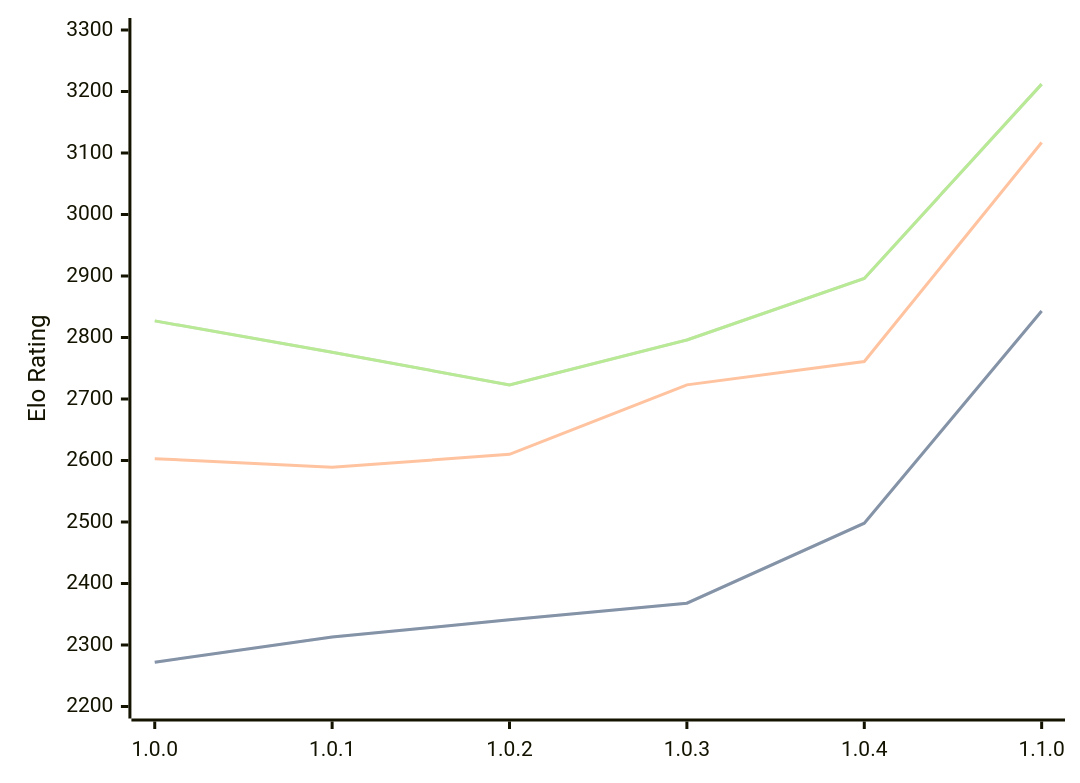
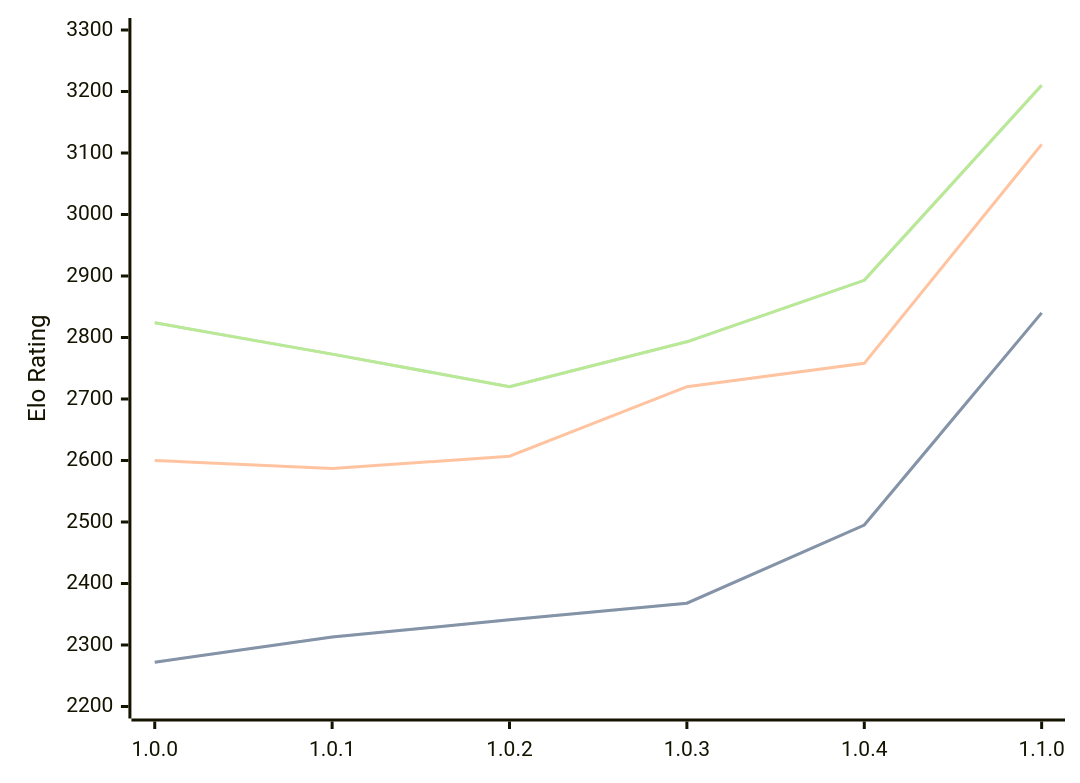
Before and after one commit to computer-chess-index/cci: the diagram in engines/Grail.md, drawn with Mermaid. The commit also changed other lines of this file, not shown here.

Commit message:
Update CCI Ratings (ELO VLTC) - 2026-04-23

````diff
--- a/engines/Grail.md
+++ b/engines/Grail.md
@@ -36,11 +36,11 @@
 ```mermaid
 %%{init: {"theme":"base","themeVariables":{"seriesColors:['#a3a3a3','#222221','#faa371']}}}%%
 xychart-beta
   x-axis ["1.0.0", "1.0.1", "1.0.2", "1.0.3", "1.0.4", "1.1.0"]
   y-axis "Elo Rating" 2200 --> 3300
-  line "STC (8.0+0.08s)" [2272, 2313, 2341, 2368, 2498, 2843]
-  line "STC (8.0+0.08s)" [2272, 2313, 2341, 2368, 2498, 2843]
-  line "LTC (60.0+0.60s)" [2603, 2589, 2610, 2723, 2761, 3117]
-  line "VLTC (2m24s+1.12s)" [2827, 2776, 2723, 2796, 2896, 3212]
-  line "VLTC (2m24s+1.12s)" [2827, 2776, 2723, 2796, 2896, 3212]
+  line "STC (8.0+0.08s)" [2272, 2313, 2341, 2368, 2495, 2840]
+  line "STC (8.0+0.08s)" [2272, 2313, 2341, 2368, 2495, 2840]
+  line "LTC (60.0+0.60s)" [2600, 2587, 2607, 2720, 2758, 3114]
+  line "VLTC (2m24s+1.12s)" [2824, 2773, 2720, 2793, 2893, 3210]
+  line "VLTC (2m24s+1.12s)" [2824, 2773, 2720, 2793, 2893, 3210]
 ```
````
